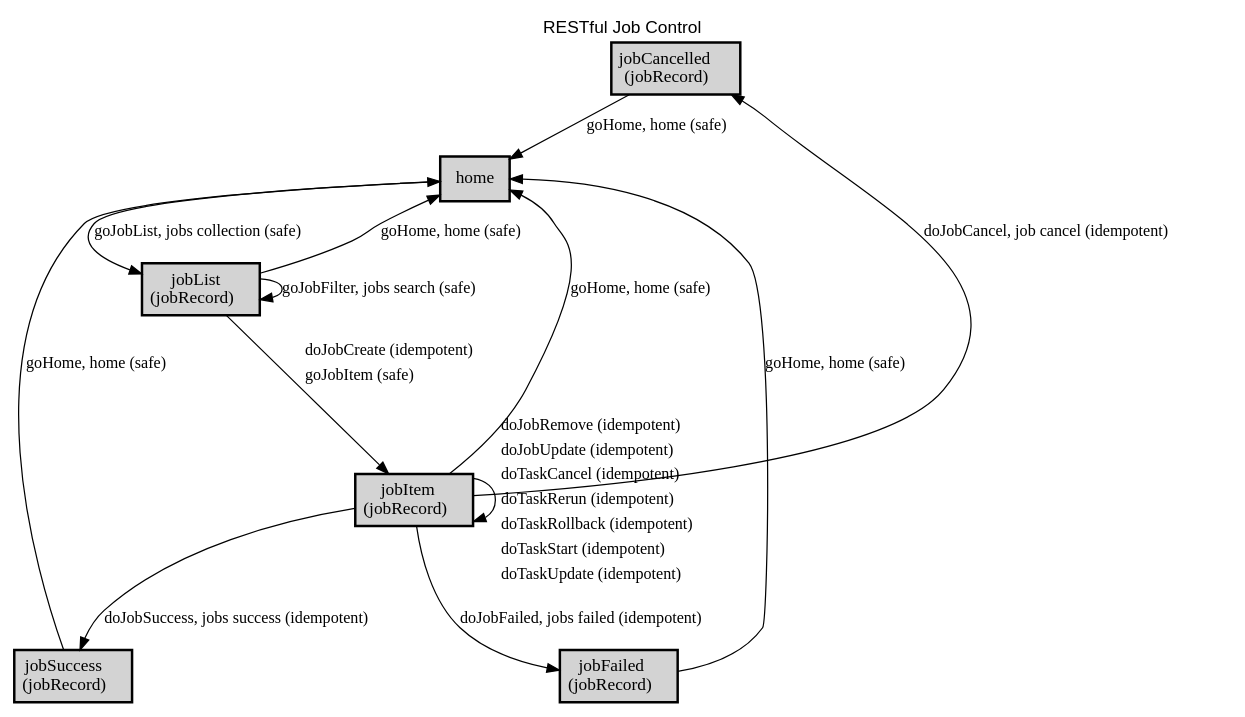
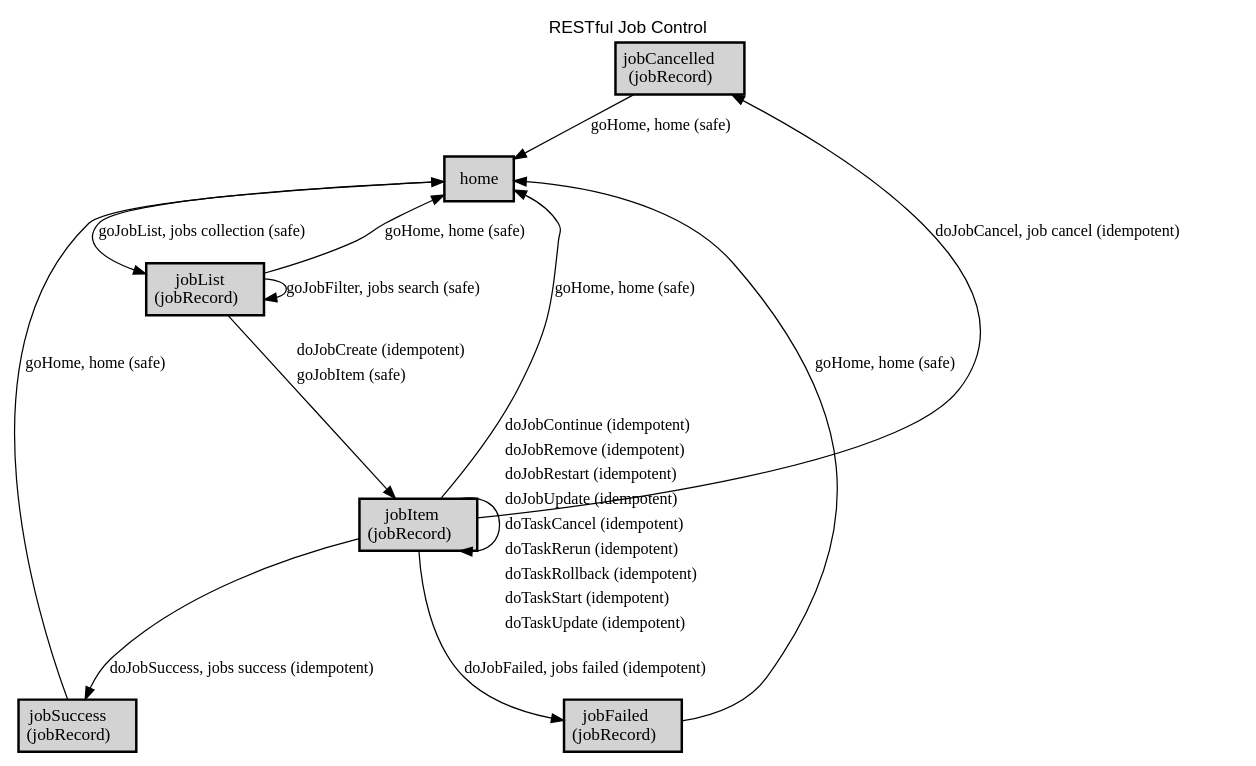
One commit to webapicookbook/alps-documents changed the diagram in docs/other/jobs/jobs-alps.dot. Above: the diagram before and after it, drawn with Graphviz. The commit also changed 11 other files, not shown here.

```diff
--- a/docs/other/jobs/jobs-alps.dot
+++ b/docs/other/jobs/jobs-alps.dot
@@ -1,31 +1,31 @@
 digraph application_state_diagram {
   graph [
     labelloc="t";
     fontname="Helvetica"
     label="RESTful Job Control";
     URL="index.html" target="_parent"
   ];
   node [shape = box, style = "bold,filled" fillcolor="lightgray"];
 
     jobCancelled [margin=0.02, label=<<table cellspacing="0" cellpadding="5" border="0"><tr><td>jobCancelled<br />(jobRecord)<br /></td></tr></table>>,shape=box URL="docs/semantic.jobCancelled.html" target="_parent"]
     jobFailed [margin=0.02, label=<<table cellspacing="0" cellpadding="5" border="0"><tr><td>jobFailed<br />(jobRecord)<br /></td></tr></table>>,shape=box URL="docs/semantic.jobFailed.html" target="_parent"]
     jobItem [margin=0.02, label=<<table cellspacing="0" cellpadding="5" border="0"><tr><td>jobItem<br />(jobRecord)<br /></td></tr></table>>,shape=box URL="docs/semantic.jobItem.html" target="_parent"]
     jobList [margin=0.02, label=<<table cellspacing="0" cellpadding="5" border="0"><tr><td>jobList<br />(jobRecord)<br /></td></tr></table>>,shape=box URL="docs/semantic.jobList.html" target="_parent"]
     jobSuccess [margin=0.02, label=<<table cellspacing="0" cellpadding="5" border="0"><tr><td>jobSuccess<br />(jobRecord)<br /></td></tr></table>>,shape=box URL="docs/semantic.jobSuccess.html" target="_parent"]
 
     home -> jobList [label = <goJobList, jobs collection (safe)> URL="docs/safe.goJobList.html" target="_parent" fontsize=13];
     jobCancelled -> home [label = <goHome, home (safe)> URL="docs/safe.goHome.html" target="_parent" fontsize=13];
     jobFailed -> home [label = <goHome, home (safe)> URL="docs/safe.goHome.html" target="_parent" fontsize=13];
     jobItem -> home [label = <goHome, home (safe)> URL="docs/safe.goHome.html" target="_parent" fontsize=13];
     jobItem -> jobCancelled [label = <doJobCancel, job cancel (idempotent)> URL="docs/idempotent.doJobCancel.html" target="_parent" fontsize=13];
     jobItem -> jobFailed [label = <doJobFailed, jobs failed (idempotent)> URL="docs/idempotent.doJobFailed.html" target="_parent" fontsize=13];
-    jobItem -> jobItem [label=<<table border="0"><tr><td align="left" href="docs/idempotent.doJobRemove.html">doJobRemove (idempotent)</td></tr><tr><td align="left" href="docs/idempotent.doJobUpdate.html">doJobUpdate (idempotent)</td></tr><tr><td align="left" href="docs/idempotent.doTaskCancel.html">doTaskCancel (idempotent)</td></tr><tr><td align="left" href="docs/idempotent.doTaskRerun.html">doTaskRerun (idempotent)</td></tr><tr><td align="left" href="docs/idempotent.doTaskRollback.html">doTaskRollback (idempotent)</td></tr><tr><td align="left" href="docs/idempotent.doTaskStart.html">doTaskStart (idempotent)</td></tr><tr><td align="left" href="docs/idempotent.doTaskUpdate.html">doTaskUpdate (idempotent)</td></tr></table>> fontsize=13];
+    jobItem -> jobItem [label=<<table border="0"><tr><td align="left" href="docs/idempotent.doJobContinue.html">doJobContinue (idempotent)</td></tr><tr><td align="left" href="docs/idempotent.doJobRemove.html">doJobRemove (idempotent)</td></tr><tr><td align="left" href="docs/idempotent.doJobRestart.html">doJobRestart (idempotent)</td></tr><tr><td align="left" href="docs/idempotent.doJobUpdate.html">doJobUpdate (idempotent)</td></tr><tr><td align="left" href="docs/idempotent.doTaskCancel.html">doTaskCancel (idempotent)</td></tr><tr><td align="left" href="docs/idempotent.doTaskRerun.html">doTaskRerun (idempotent)</td></tr><tr><td align="left" href="docs/idempotent.doTaskRollback.html">doTaskRollback (idempotent)</td></tr><tr><td align="left" href="docs/idempotent.doTaskStart.html">doTaskStart (idempotent)</td></tr><tr><td align="left" href="docs/idempotent.doTaskUpdate.html">doTaskUpdate (idempotent)</td></tr></table>> fontsize=13];
     jobItem -> jobSuccess [label = <doJobSuccess, jobs success (idempotent)> URL="docs/idempotent.doJobSuccess.html" target="_parent" fontsize=13];
     jobList -> home [label = <goHome, home (safe)> URL="docs/safe.goHome.html" target="_parent" fontsize=13];
     jobList -> jobItem [label=<<table border="0"><tr><td align="left" href="docs/idempotent.doJobCreate.html">doJobCreate (idempotent)</td></tr><tr><td align="left" href="docs/safe.goJobItem.html">goJobItem (safe)</td></tr></table>> fontsize=13];
     jobList -> jobList [label = <goJobFilter, jobs search (safe)> URL="docs/safe.goJobFilter.html" target="_parent" fontsize=13];
     jobSuccess -> home [label = <goHome, home (safe)> URL="docs/safe.goHome.html" target="_parent" fontsize=13];
 
     home [label = <home> URL="docs/semantic.home.html" target="_parent"]
 
 }
```
